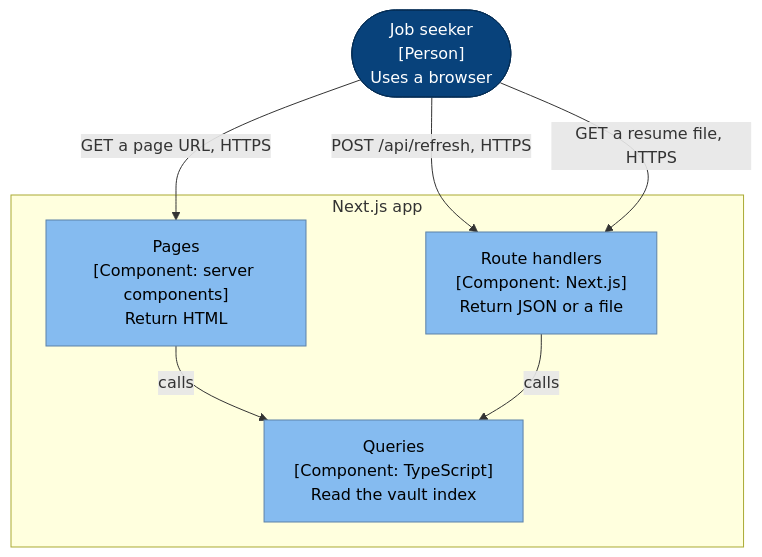
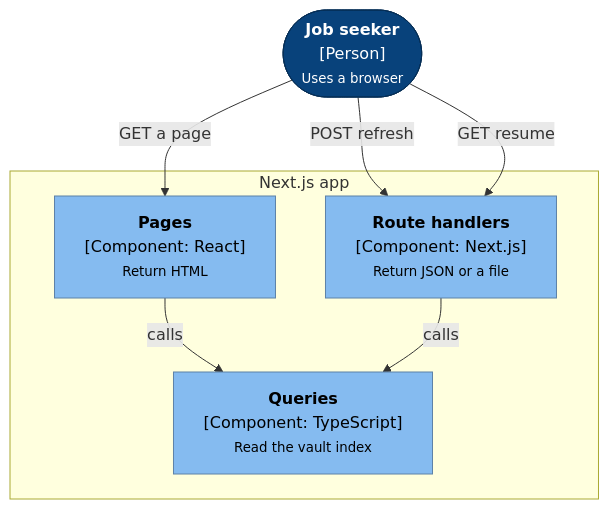
Before and after one commit to lyeyixian/job-search-app: the diagram in docs/architecture/api.md, drawn with Mermaid. The commit also changed 4 other files, not shown here.

First line of the commit message:
Shorten diagram labels and set line limits in the templates

````diff
--- a/docs/architecture/api.md
+++ b/docs/architecture/api.md
@@ -12,23 +12,23 @@
 ```mermaid
 flowchart TB
-    browser(["Job seeker<br/>[Person]<br/>Uses a browser"]):::person
+    browser(["<b>Job seeker</b><br/>[Person]<br/><small>Uses a browser</small>"]):::person
 
     subgraph next["Next.js app"]
-        pages["Pages<br/>[Component: server components]<br/>Return HTML"]:::component
-        handlers["Route handlers<br/>[Component: Next.js]<br/>Return JSON or a file"]:::component
-        queries["Queries<br/>[Component: TypeScript]<br/>Read the vault index"]:::component
+        pages["<b>Pages</b><br/>[Component: React]<br/><small>Return HTML</small>"]:::component
+        handlers["<b>Route handlers</b><br/>[Component: Next.js]<br/><small>Return JSON or a file</small>"]:::component
+        queries["<b>Queries</b><br/>[Component: TypeScript]<br/><small>Read the vault index</small>"]:::component
     end
 
-    browser -- "GET a page URL, HTTPS" --> pages
-    browser -- "POST /api/refresh, HTTPS" --> handlers
-    browser -- "GET a resume file, HTTPS" --> handlers
+    browser -- "GET a page" --> pages
+    browser -- "POST refresh" --> handlers
+    browser -- "GET resume" --> handlers
     pages -- "calls" --> queries
     handlers -- "calls" --> queries
 
     classDef person fill:#08427b,stroke:#052e56,color:#ffffff
     classDef system fill:#1168bd,stroke:#0b4884,color:#ffffff
     classDef container fill:#438dd5,stroke:#2e6295,color:#ffffff
     classDef component fill:#85bbf0,stroke:#5d82a8,color:#000000
     classDef store fill:#438dd5,stroke:#2e6295,color:#ffffff
     classDef external fill:#999999,stroke:#6b6b6b,color:#ffffff
 ```
````
